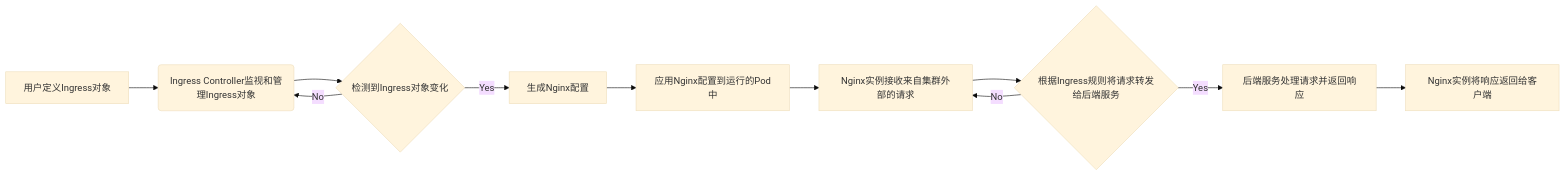
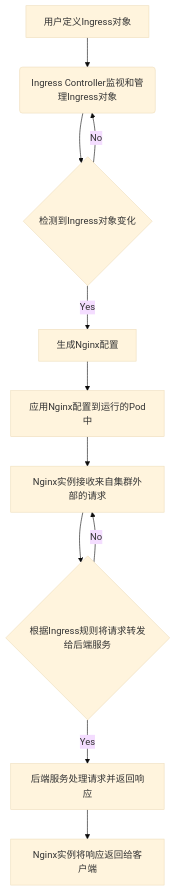
Before and after one commit to aibangjuxin/groovy: the second of 2 diagrams in k8s/ingress.md, drawn with Mermaid (base theme).

````diff
--- a/k8s/ingress.md
+++ b/k8s/ingress.md
@@ -64,13 +64,13 @@
 ```mermaid
-graph LR
+graph TD
   A[用户定义Ingress对象] --> B(Ingress Controller监视和管理Ingress对象)
   B --> C{检测到Ingress对象变化}
   C -- Yes --> D[生成Nginx配置]
   D --> E[应用Nginx配置到运行的Pod中]
   E --> F[Nginx实例接收来自集群外部的请求]
   F --> G{根据Ingress规则将请求转发给后端服务}
   G -- Yes --> H[后端服务处理请求并返回响应]
   H --> I[Nginx实例将响应返回给客户端]
   G -- No --> F
   C -- No --> B
 ```
````
